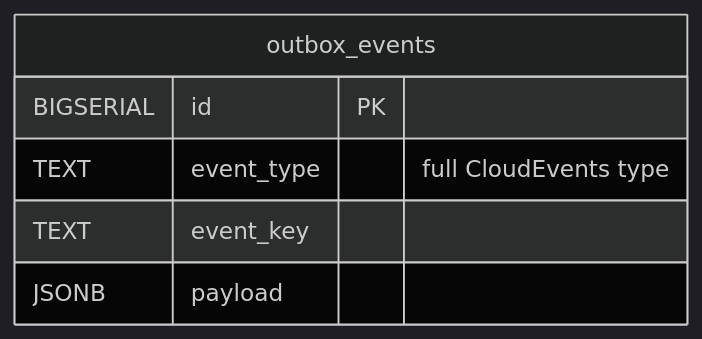
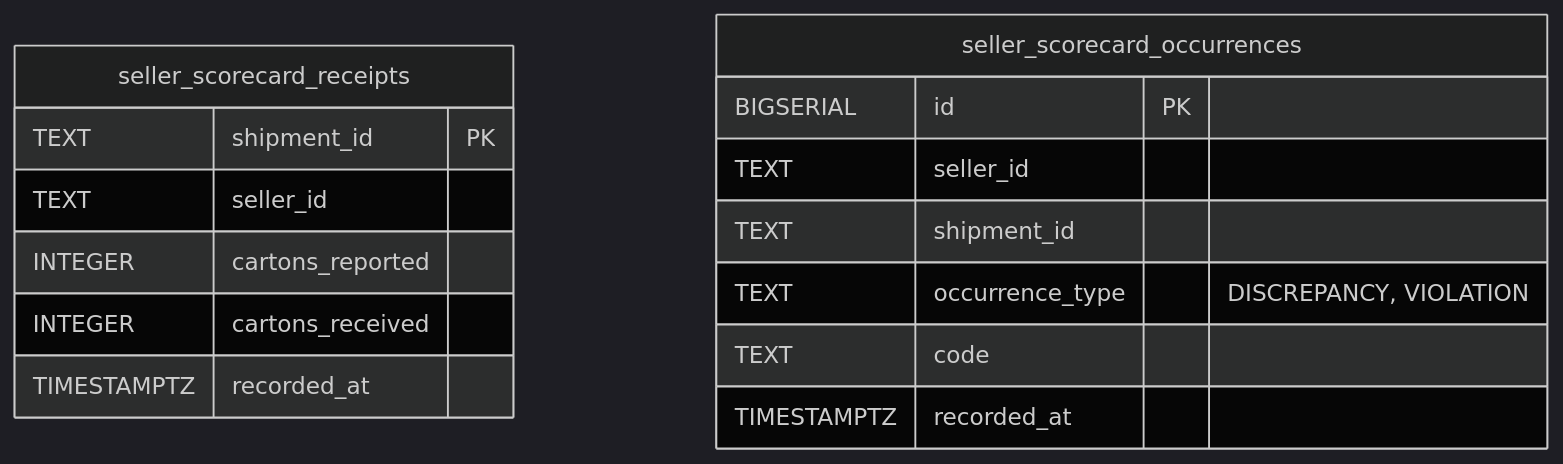
Before and after one commit to IQVO/warehouse-docs: the fourth of 5 diagrams in network/docs/contexts/seller-inbound/entity-relationship.md, drawn with Mermaid (dark theme). The commit also changed other lines of this file and 15 other files, not shown here.

First line of the commit message:
docs(network): slice 3b - seller-inbound pack flipped to as built (14 pages) + model UL code ids

````diff
--- a/network/docs/contexts/seller-inbound/entity-relationship.md
+++ b/network/docs/contexts/seller-inbound/entity-relationship.md
@@ -108,9 +108,18 @@
 ```mermaid
 erDiagram
-    outbox_events {
+    seller_scorecard_receipts {
+        TEXT shipment_id PK
+        TEXT seller_id
+        INTEGER cartons_reported
+        INTEGER cartons_received
+        TIMESTAMPTZ recorded_at
+    }
+    seller_scorecard_occurrences {
         BIGSERIAL id PK
-        TEXT event_type "full CloudEvents type"
-        TEXT event_key
-        JSONB payload
+        TEXT seller_id
+        TEXT shipment_id
+        TEXT occurrence_type "DISCREPANCY, VIOLATION"
+        TEXT code
+        TIMESTAMPTZ recorded_at
     }
 ```
````
